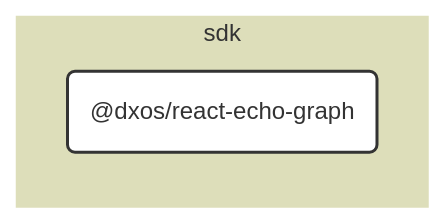
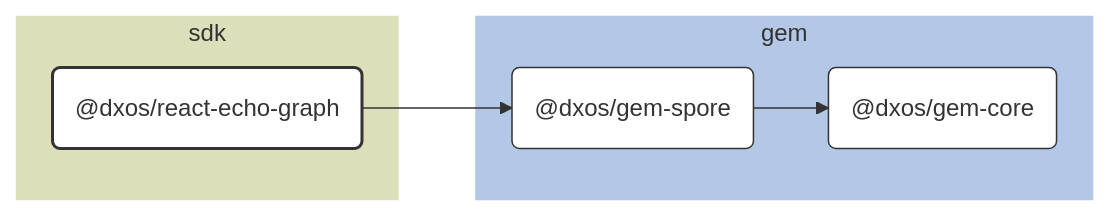
Before and after one commit to dxos/dxos: the diagram in packages/sdk/react-echo-graph/docs/README.md, drawn with Mermaid. The commit also changed other lines of this file and 69 other files, not shown here.

````diff
--- a/packages/sdk/react-echo-graph/docs/README.md
+++ b/packages/sdk/react-echo-graph/docs/README.md
@@ -7,25 +7,38 @@
 ```mermaid
 %%{ init: {'flowchart':{'curve':'basis'}} }%%
 
 flowchart LR
 
 %% Links
+dxos/gem-spore --> dxos/gem-core;
+dxos/react-echo-graph --> dxos/gem-spore;
 
 %% Sections
 subgraph sdk
   style sdk fill:#dddeba,stroke:#fff;
 
   dxos/react-echo-graph("@dxos/react-echo-graph")
 end
 
+subgraph gem
+  style gem fill:#b3c7e6,stroke:#fff;
+
+  dxos/gem-core("@dxos/gem-core")
+  dxos/gem-spore("@dxos/gem-spore")
+end
+
 
 %% Hyperlinks
+click dxos/gem-core "dxos/dxos/tree/main/packages/gem/gem-core/docs";
+click dxos/gem-spore "dxos/dxos/tree/main/packages/gem/gem-spore/docs";
 
 %% Styles
 classDef rootNode fill:#fff,stroke:#333,stroke-width:2px
 classDef defaultNode fill:#fff,stroke:#333,stroke-width:1px
 linkStyle default stroke:#333,stroke-width:1px
 
 dxos/react-echo-graph:::rootNode
 
+dxos/gem-core:::defaultNode
+dxos/gem-spore:::defaultNode
 ```
````
